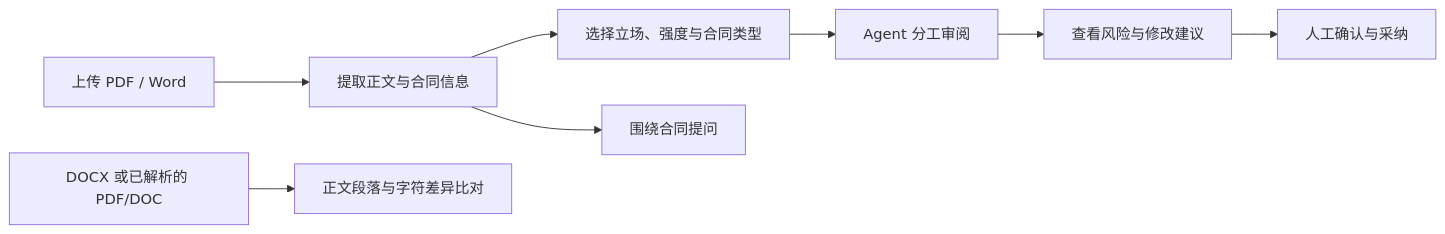
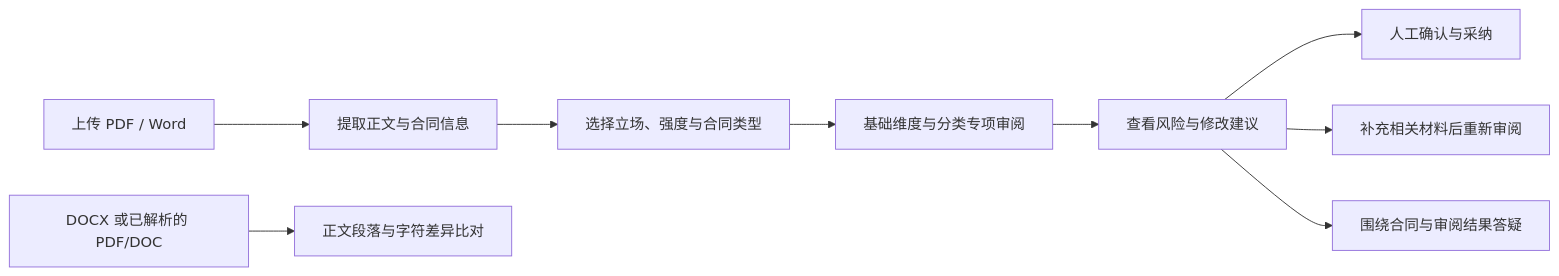
One commit to yskkkk3/Contract_Review changed the first of 3 diagrams in README.md. Above: the diagram before and after it, drawn with Mermaid. The commit also changed other lines of this file, not shown here.

````diff
--- a/README.md
+++ b/README.md
@@ -30,10 +34,11 @@
 ```mermaid
 flowchart LR
     A["上传 PDF / Word"] --> B["提取正文与合同信息"]
     B --> C["选择立场、强度与合同类型"]
-    C --> D["Agent 分工审阅"]
+    C --> D["基础维度与分类专项审阅"]
     D --> E["查看风险与修改建议"]
     E --> F["人工确认与采纳"]
-    B --> G["围绕合同提问"]
+    E --> G["补充相关材料后重新审阅"]
+    E --> J["围绕合同与审阅结果答疑"]
     H["DOCX 或已解析的 PDF/DOC"] --> I["正文段落与字符差异比对"]
 ```
````
